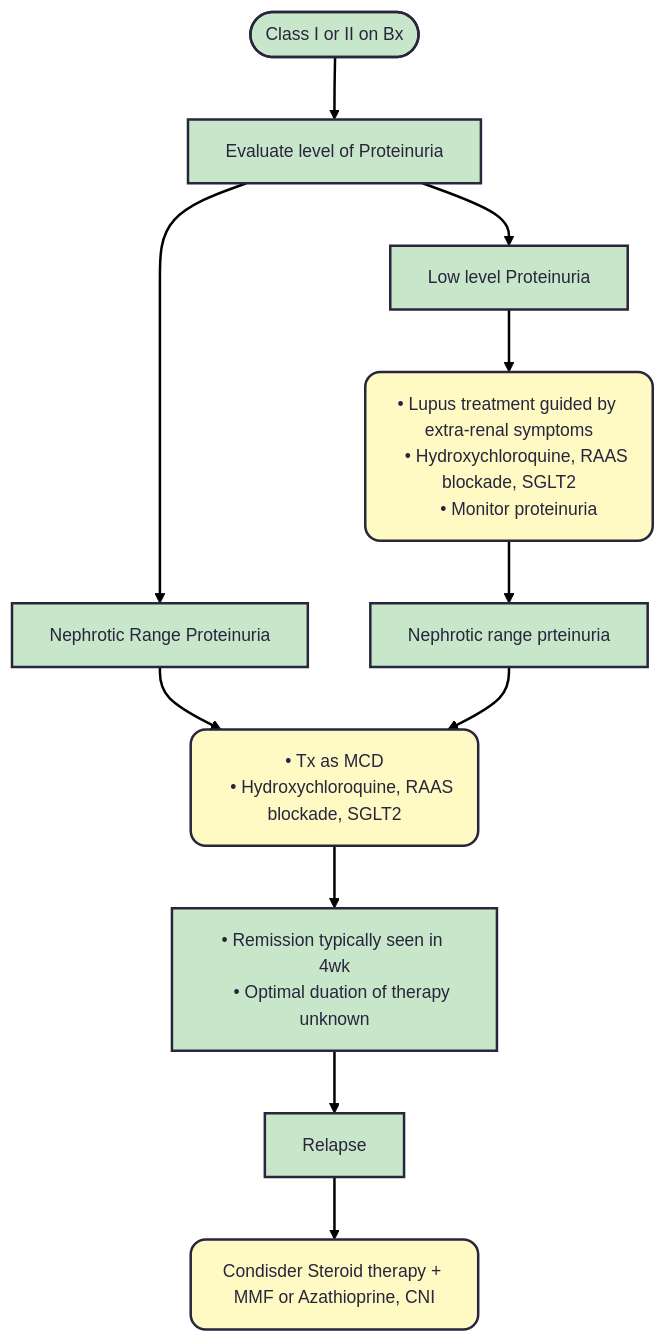
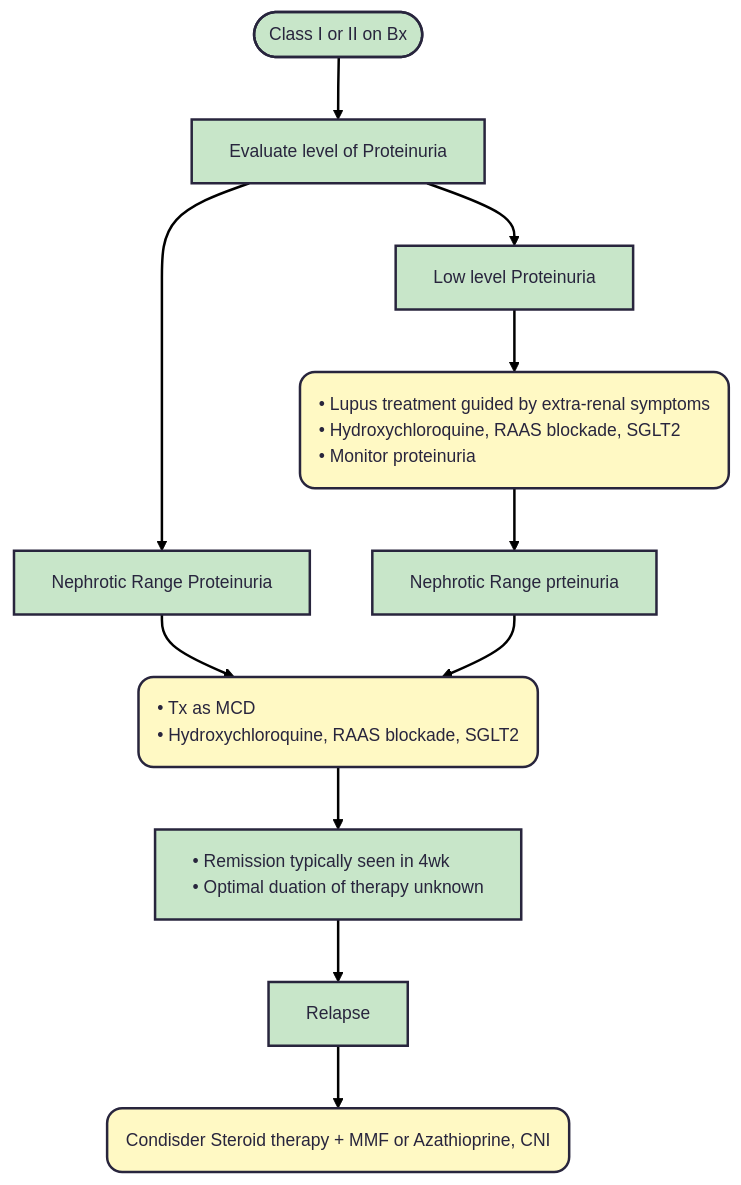
The diagram in docs/Lupus.md (TTUNEPH2025/GN), drawn with Mermaid before and after one commit.

````diff
--- a/docs/Lupus.md
+++ b/docs/Lupus.md
@@ -83,35 +83,35 @@
 ```mermaid
 ---
 config:
   theme: redux
   layout: dagre
 ---
 flowchart TB
     A(["Class I or II on Bx"]) --> n1["Evaluate level of Proteinuria"]
     n1 --> n2["Low level Proteinuria"] & n3["Nephrotic Range Proteinuria"]
     n2 --> n4["• Lupus treatment guided by extra-renal symptoms
     • Hydroxychloroquine, RAAS blockade, SGLT2
     • Monitor proteinuria"]
     n3 --> n5["• Tx as MCD
     • Hydroxychloroquine, RAAS blockade, SGLT2"]
     n5 --> n6["• Remission typically seen in 4wk
     • Optimal duation of therapy unknown"]
     n6 --> n7["Relapse"]
     n7 --> n8["Condisder Steroid therapy + MMF or Azathioprine, CNI"]
-    n4 --> n9["Nephrotic range prteinuria"]
+    n4 --> n9["Nephrotic Range prteinuria"]
     n9 --> n5
 
     n4@{ shape: rounded}
     n5@{ shape: rounded}
     n8@{ shape: rounded}
     style A fill:#C8E6C9
     style n1 fill:#C8E6C9
     style n2 fill:#C8E6C9
-    style n3 fill:#C8E6C9
-    style n4 fill:#FFF9C4
-    style n5 fill:#FFF9C4
-    style n6 fill:#C8E6C9
+    style n3 fill:#C8E6C9,white-space:nowrap
+    style n4 fill:#FFF9C4,text-align:left,white-space:nowrap
+    style n5 fill:#FFF9C4,text-align:left,white-space:nowrap
+    style n6 fill:#C8E6C9,text-align:left,white-space:nowrap
     style n7 fill:#C8E6C9
-    style n8 fill:#FFF9C4
-    style n9 fill:#C8E6C9
+    style n8 fill:#FFF9C4,text-align:left,white-space:nowrap
+    style n9 fill:#C8E6C9,white-space:nowrap
 ```
````
